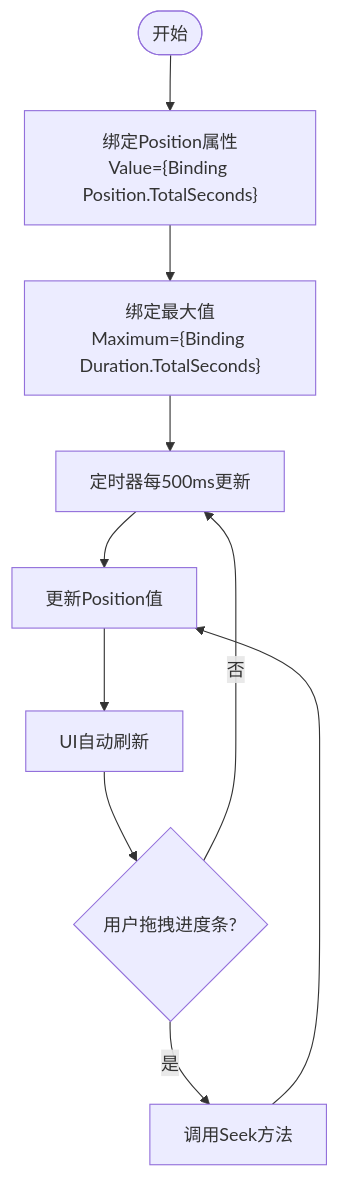
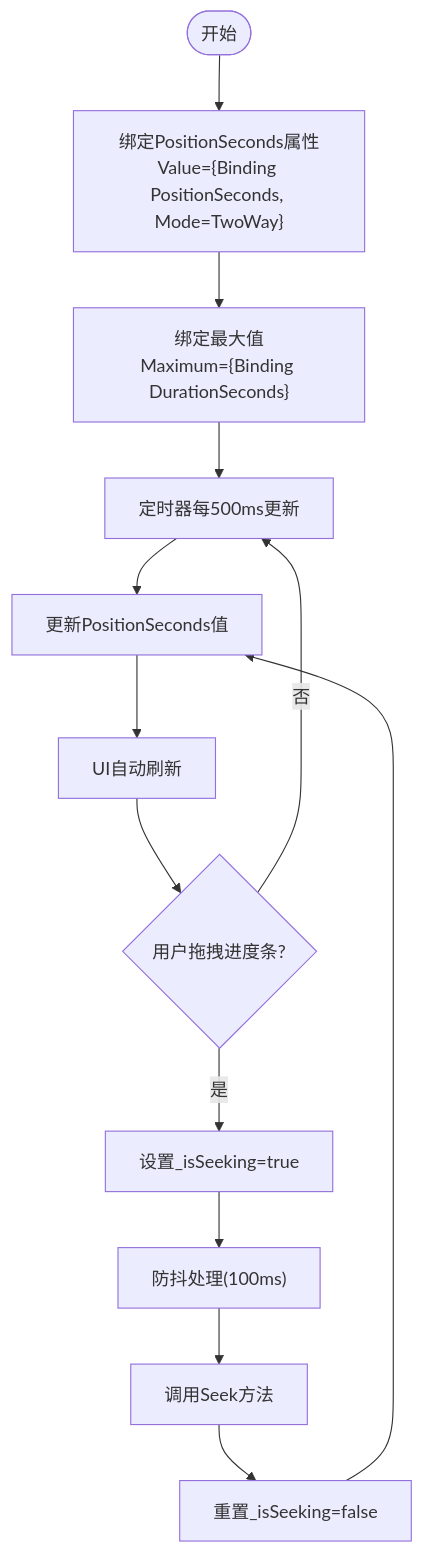
The fourth of 10 diagrams in .qoder/repowiki/zh/content/用户界面层/播放器界面.md (mariamjensen42-glitch/LocalMusicPlayer), drawn with Mermaid before and after one commit. The commit also changed other lines of this file and 23 other files, not shown here.

````diff
--- a/.qoder/repowiki/zh/content/用户界面层/播放器界面.md
+++ b/.qoder/repowiki/zh/content/用户界面层/播放器界面.md
@@ -177,12 +228,15 @@
 ```mermaid
 flowchart TD
-Start([开始]) --> BindPos["绑定Position属性<br/>Value={Binding Position.TotalSeconds}"]
-BindPos --> BindMax["绑定最大值<br/>Maximum={Binding Duration.TotalSeconds}"]
+Start([开始]) --> BindPos["绑定PositionSeconds属性<br/>Value={Binding PositionSeconds, Mode=TwoWay}"]
+BindPos --> BindMax["绑定最大值<br/>Maximum={Binding DurationSeconds}"]
 BindMax --> Interval["定时器每500ms更新"]
-Interval --> UpdatePos["更新Position值"]
+Interval --> UpdatePos["更新PositionSeconds值"]
 UpdatePos --> UpdateUI["UI自动刷新"]
 UpdateUI --> Drag{"用户拖拽进度条?"}
-Drag --> |是| Seek["调用Seek方法"]
+Drag --> |是| Seek["设置_isSeeking=true"]
 Drag --> |否| Interval
-Seek --> UpdatePos
+Seek --> Throttle["防抖处理(100ms)"]
+Throttle --> CallSeek["调用Seek方法"]
+CallSeek --> ResetFlag["重置_isSeeking=false"]
+ResetFlag --> UpdatePos
 ```
````
